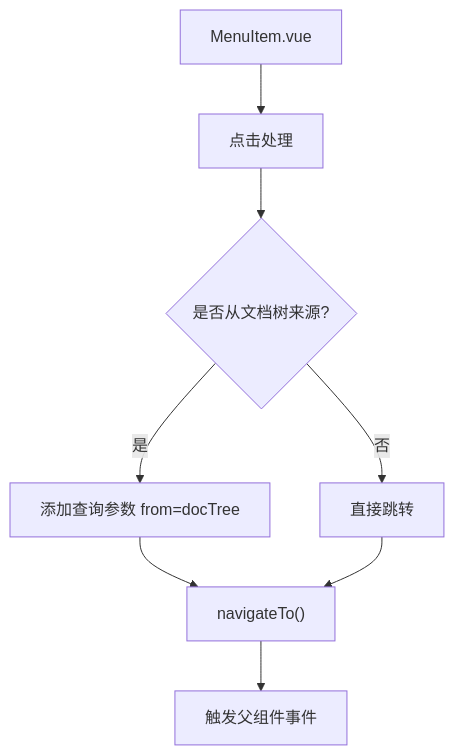
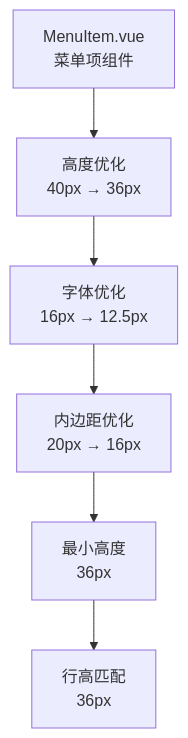
One commit to terwer/siyuan-plugin-blog changed the tenth of 15 diagrams in .qoder/repowiki/zh/content/核心功能/UI 组件系统/UI 组件系统.md. Above: the diagram before and after it, drawn with Mermaid. The commit also changed other lines of this file and 3 other files, not shown here.

````diff
--- a/.qoder/repowiki/zh/content/核心功能/UI 组件系统/UI 组件系统.md
+++ b/.qoder/repowiki/zh/content/核心功能/UI 组件系统/UI 组件系统.md
@@ -652,10 +685,8 @@
 ```mermaid
 flowchart TD
-A["MenuItem.vue"] --> B["点击处理"]
-B --> C{"是否从文档树来源?"}
-C --> |是| D["添加查询参数 from=docTree"]
-C --> |否| E["直接跳转"]
-D --> F["navigateTo()"]
-E --> F
-F --> G["触发父组件事件"]
+A["MenuItem.vue<br/>菜单项组件"] --> B["高度优化<br/>40px → 36px"]
+B --> C["字体优化<br/>16px → 12.5px"]
+C --> D["内边距优化<br/>20px → 16px"]
+D --> E["最小高度<br/>36px"]
+E --> F["行高匹配<br/>36px"]
 ```
````
